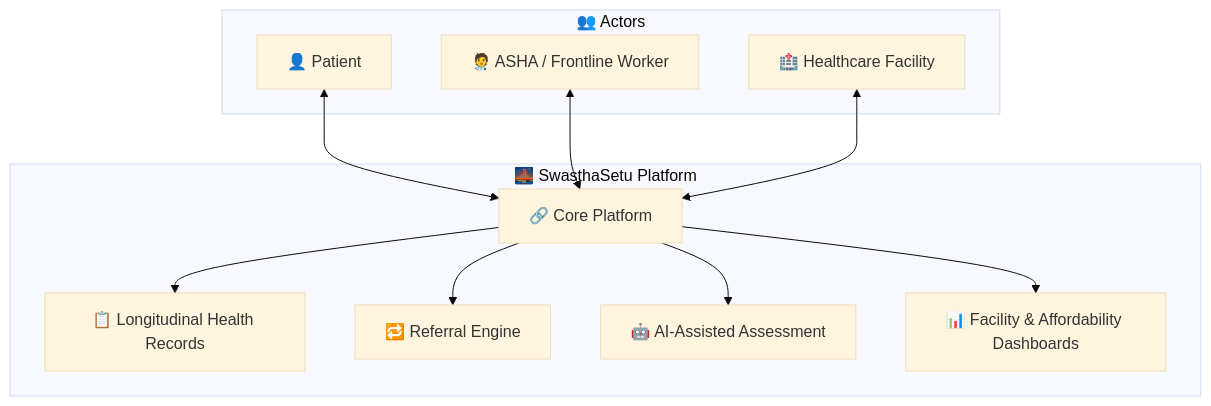
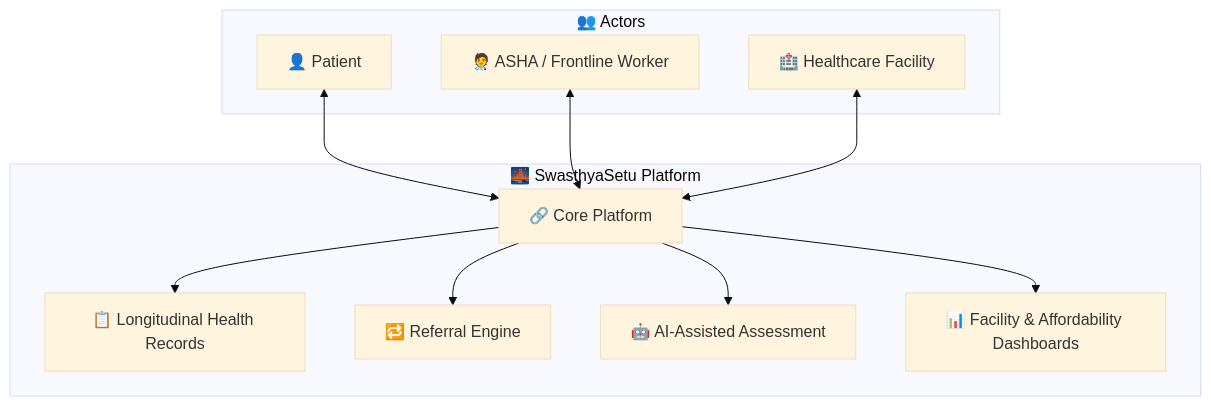
Before and after one commit to PARAMSHETH8889/SwasthyaSetu-SIH: the second of 2 diagrams in README.md, drawn with Mermaid (base theme). The commit also changed other lines of this file, not shown here.

Commit message:
Rename SwasthaSetu to SwasthyaSetu in README

````diff
--- a/README.md
+++ b/README.md
@@ -107,24 +107,24 @@
 ```mermaid
 graph TD
     subgraph Actors["👥 Actors"]
         P[👤 Patient]
         A[🧑‍⚕️ ASHA / Frontline Worker]
         F[🏥 Healthcare Facility]
     end
 
-    subgraph Platform["🌉 SwasthaSetu Platform"]
+    subgraph Platform["🌉 SwasthyaSetu Platform"]
         C[🔗 Core Platform]
         R[📋 Longitudinal Health Records]
         RF[🔁 Referral Engine]
         AI[🤖 AI-Assisted Assessment]
         D[📊 Facility & Affordability Dashboards]
     end
 
     P <--> C
     A <--> C
     F <--> C
     C --> R
     C --> RF
     C --> AI
     C --> D
 ```
````
